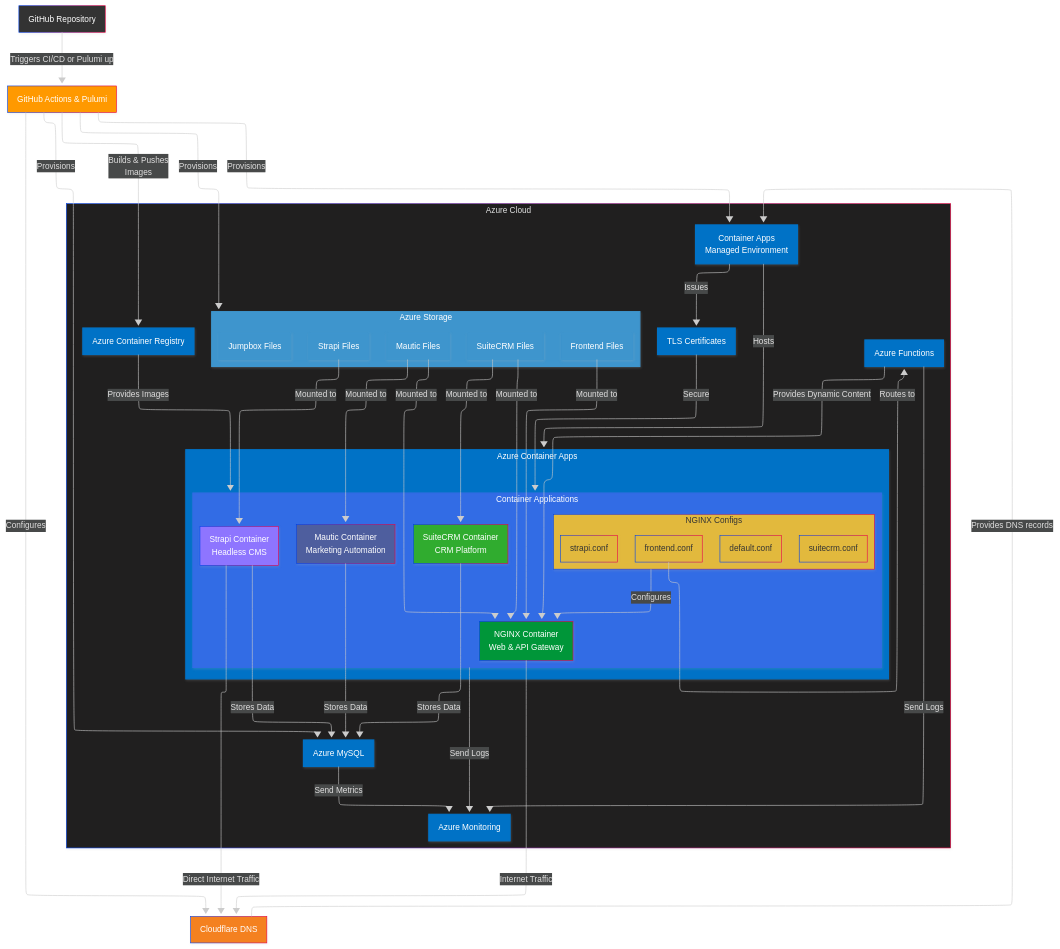
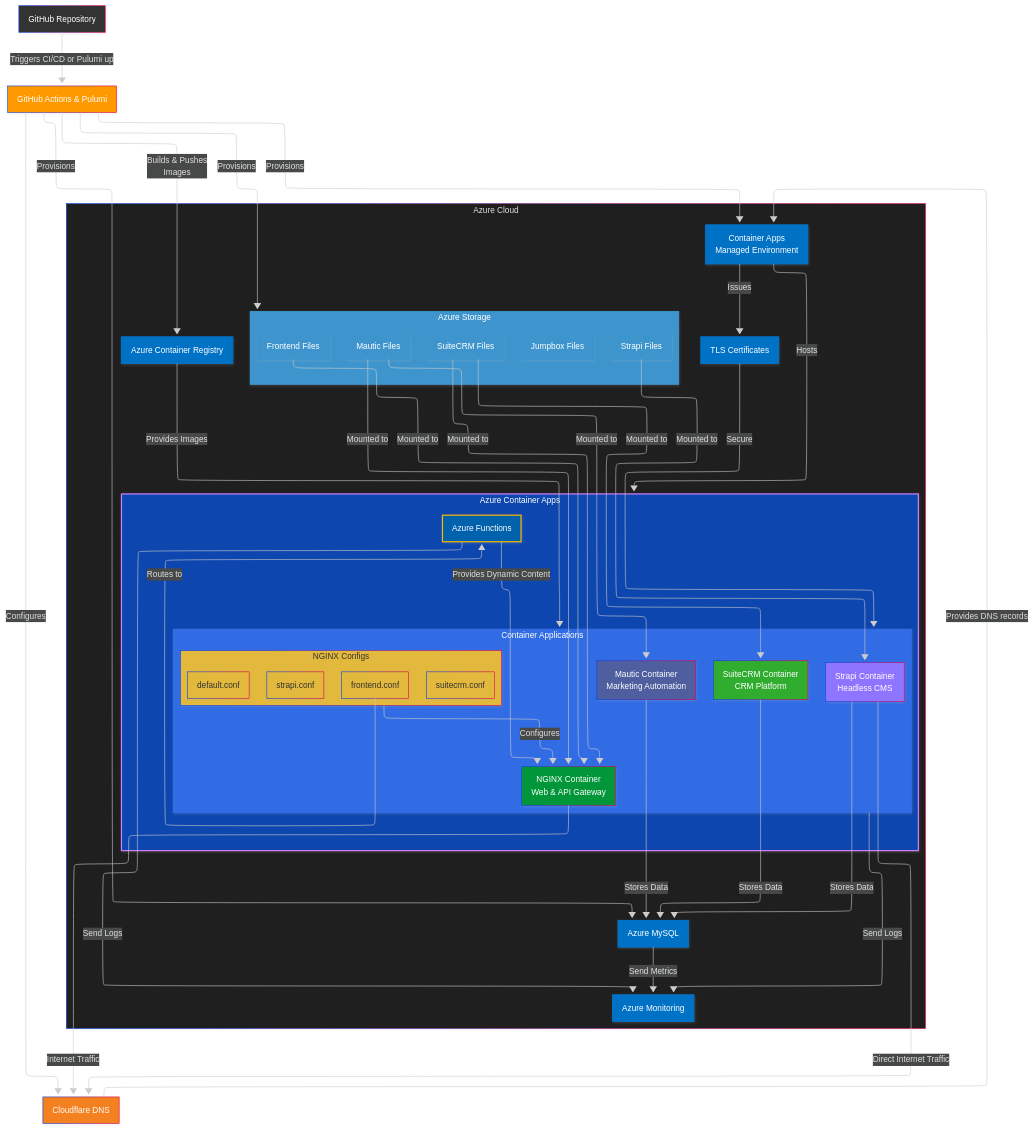
One commit to ajwtech/MarketForge changed the first of 3 diagrams in README.md. Above: the diagram before and after it, drawn with Mermaid. The commit also changed other lines of this file and 1 other file, not shown here.

Commit message:
Update README to include note on ELK layout rendering and add infrastructure architecture HTML file

````diff
--- a/README.md
+++ b/README.md
@@ -41,12 +45,13 @@
         NginxConfig
   end
  subgraph ContainerApps["Azure Container Apps"]
+        AzureFn["Azure Functions"]
         Containers
+        
   end
  subgraph Azure["Azure Cloud"]
         Storage
         MySQL["Azure MySQL"]
-        AzureFn["Azure Functions"]
         ACR["Azure Container Registry"]
         Logs["Azure Monitoring"]
         ManagedEnv["Container Apps\nManaged Environment"]
@@ -94,12 +99,12 @@
      Containers:::container
      Storage:::storage
      MySQL:::azure
-     AzureFn:::azure
+     AzureFn:::azureFn
      ACR:::azure
      Logs:::azure
      ManagedEnv:::azure
      Certs:::azure
-     ContainerApps:::azure
+     ContainerApps:::containerApps
      Github:::github
      CICD:::cicd
      Cloudflare:::cloudflare
@@ -114,5 +119,7 @@
     classDef cicd fill:#FF9900,color:white
     classDef cloudflare fill:#F48120,color:white
     classDef config fill:#E2B93D,color:#333
+    classDef azureFn fill:#0062AD,color:white,stroke:#FFB900,stroke-width:2px
+    classDef containerApps fill:#0E46AF,color:white,stroke:#D180FF,stroke-width:2px
 
 ```
````
